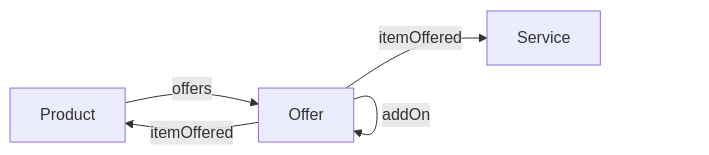
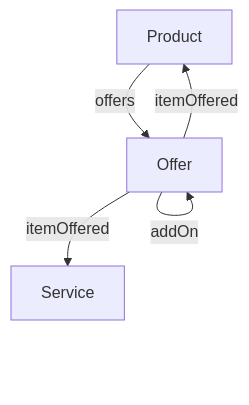
Before and after one commit to tsolenthaler/docs.contentdesk.io: the second of 2 diagrams in docs/dev/concepts/produkte-und-angebote.md, drawn with Mermaid.

Commit message:
Refactor graph orientation to top-down in produkte-und-angebote.md

````diff
--- a/docs/dev/concepts/produkte-und-angebote.md
+++ b/docs/dev/concepts/produkte-und-angebote.md
@@ -80,7 +80,7 @@
 ``` mermaid
-flowchart LR
+flowchart TB
     Product -->|offers| Offer
     Offer-->|addOn| Offer
     Offer-->|itemOffered| Product
     Offer-->|itemOffered| Service
 ```
````
